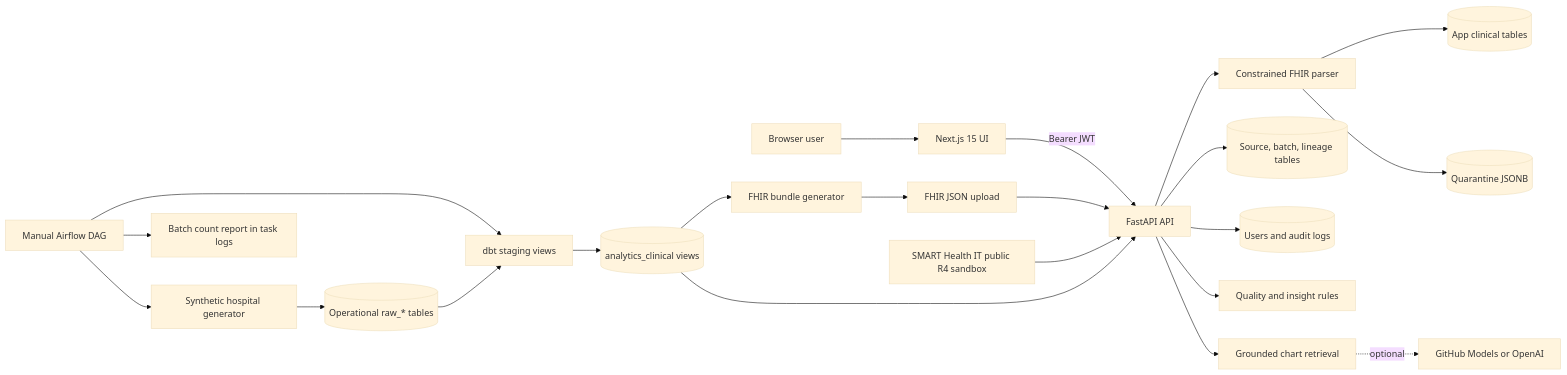
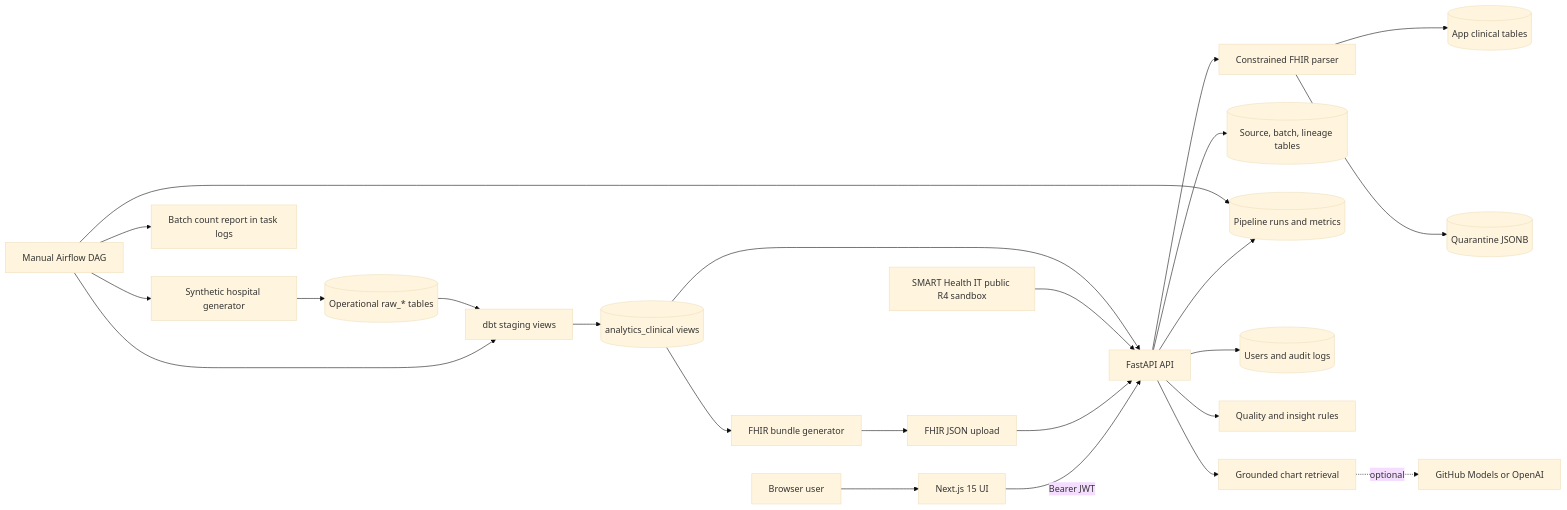
Before and after one commit to nesar-ganguli/clinsight-ai: the diagram in docs/CURRENT_IMPLEMENTATION.md, drawn with Mermaid (base theme). The commit also changed other lines of this file, not shown here.

````diff
--- a/docs/CURRENT_IMPLEMENTATION.md
+++ b/docs/CURRENT_IMPLEMENTATION.md
@@ -34,27 +36,29 @@
 ```mermaid
 flowchart LR
     User[Browser user] --> Next[Next.js 15 UI]
     Next -->|Bearer JWT| API[FastAPI API]
 
     Upload[FHIR JSON upload] --> API
     Smart[SMART Health IT public R4 sandbox] --> API
     API --> Parser[Constrained FHIR parser]
     Parser --> ORM[(App clinical tables)]
     Parser --> Quarantine[(Quarantine JSONB)]
     API --> Lineage[(Source, batch, lineage tables)]
+    API --> Runs[(Pipeline runs and metrics)]
     API --> Audit[(Users and audit logs)]
 
     Generator[Synthetic hospital generator] --> Raw[(Operational raw_* tables)]
     Airflow[Manual Airflow DAG] --> Generator
+    Airflow --> Runs
     Airflow --> Dbt
     Raw --> Dbt[dbt staging views]
     Dbt --> Marts[(analytics_clinical views)]
     Airflow --> Metrics[Batch count report in task logs]
     Marts --> API
     Marts --> Export[FHIR bundle generator]
     Export --> Upload
 
     API --> Rules[Quality and insight rules]
     API --> Chat[Grounded chart retrieval]
     Chat -. optional .-> LLM[GitHub Models or OpenAI]
 ```
````
